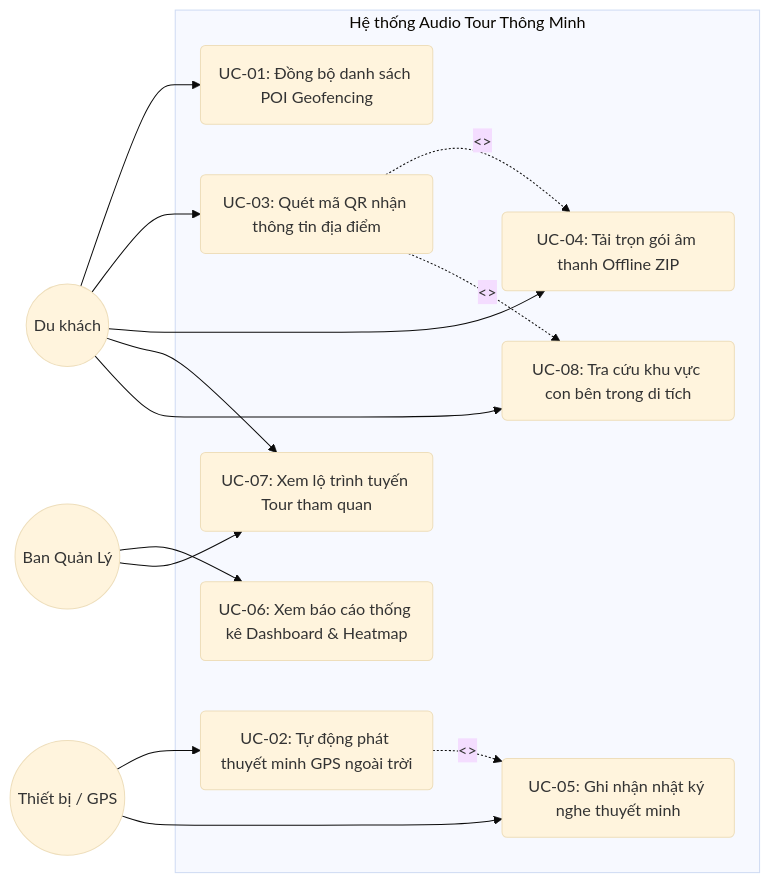
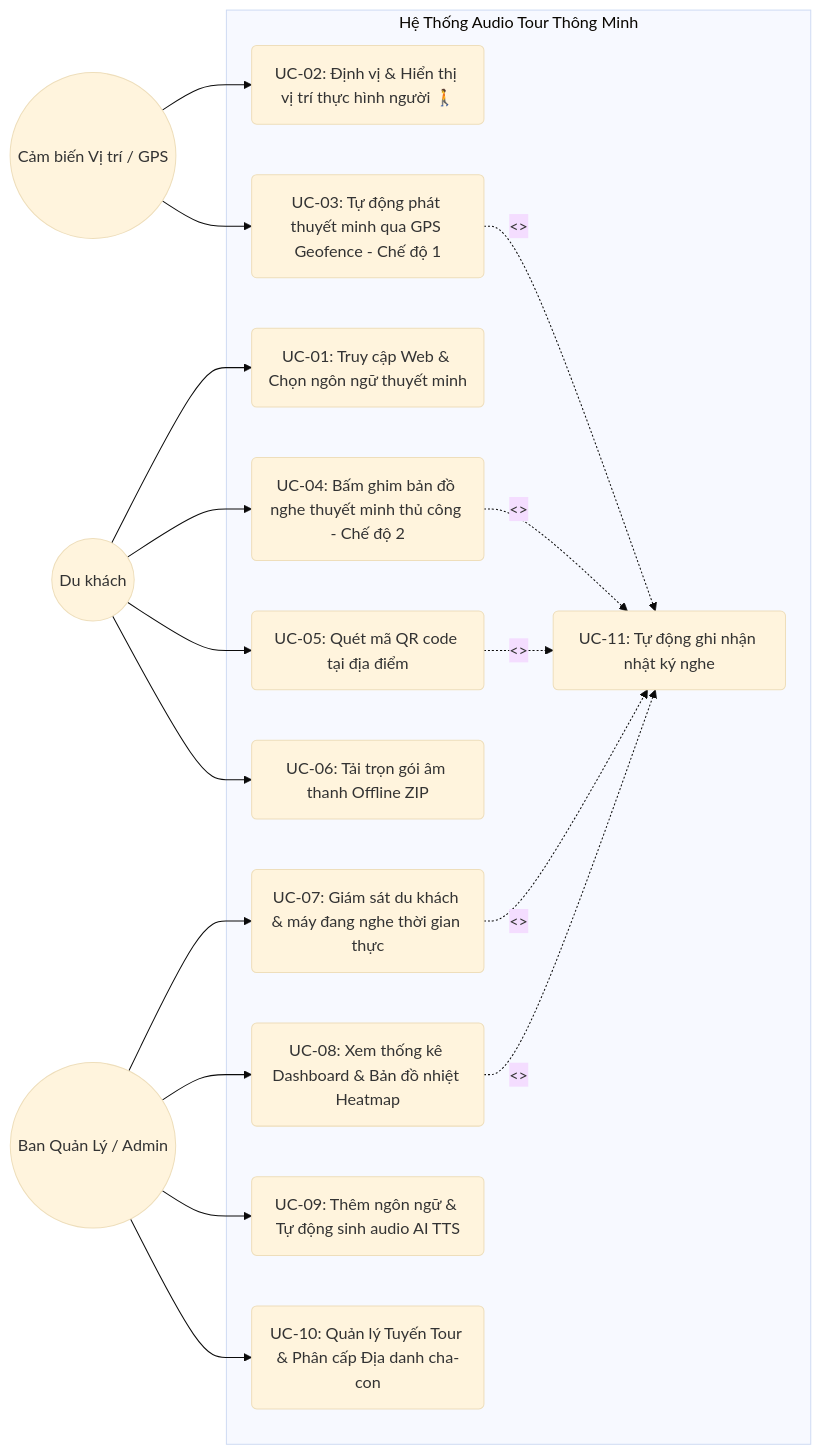
Before and after one commit to HuynhQuang16032006/Multi_Languages_Automatic_Translation: the first of 8 diagrams in docs/USE_CASES.md, drawn with Mermaid (base theme). The commit also changed other lines of this file and 4 other files, not shown here.

````diff
--- a/docs/USE_CASES.md
+++ b/docs/USE_CASES.md
@@ -17,33 +16,39 @@
 ```mermaid
 graph LR
     actorTourist((Du khách))
-    actorAdmin((Ban Quản Lý))
-    actorDevice((Thiết bị / GPS))
+    actorSensor((Cảm biến Vị trí / GPS))
+    actorAdmin((Ban Quản Lý / Admin))
 
-    subgraph AudioTourSystem [Hệ thống Audio Tour Thông Minh]
-        UC01(UC-01: Đồng bộ danh sách POI Geofencing)
-        UC02(UC-02: Tự động phát thuyết minh GPS ngoài trời)
-        UC03(UC-03: Quét mã QR nhận thông tin địa điểm)
-        UC04(UC-04: Tải trọn gói âm thanh Offline ZIP)
-        UC05(UC-05: Ghi nhận nhật ký nghe thuyết minh)
-        UC06(UC-06: Xem báo cáo thống kê Dashboard & Heatmap)
-        UC07(UC-07: Xem lộ trình tuyến Tour tham quan)
-        UC08(UC-08: Tra cứu khu vực con bên trong di tích)
+    subgraph AudioTourSystem [Hệ Thống Audio Tour Thông Minh]
+        UC01(UC-01: Truy cập Web & Chọn ngôn ngữ thuyết minh)
+        UC02(UC-02: Định vị & Hiển thị vị trí thực hình người 🚶)
+        UC03(UC-03: Tự động phát thuyết minh qua GPS Geofence - Chế độ 1)
+        UC04(UC-04: Bấm ghim bản đồ nghe thuyết minh thủ công - Chế độ 2)
+        UC05(UC-05: Quét mã QR code tại địa điểm)
+        UC06(UC-06: Tải trọn gói âm thanh Offline ZIP)
+        UC07(UC-07: Giám sát du khách & máy đang nghe thời gian thực)
+        UC08(UC-08: Xem thống kê Dashboard & Bản đồ nhiệt Heatmap)
+        UC09(UC-09: Thêm ngôn ngữ & Tự động sinh audio AI TTS)
+        UC10(UC-10: Quản lý Tuyến Tour & Phân cấp Địa danh cha-con)
+        UC11(UC-11: Tự động ghi nhận nhật ký nghe)
     end
 
     actorTourist --> UC01
-    actorTourist --> UC03
     actorTourist --> UC04
-    actorTourist --> UC07
-    actorTourist --> UC08
+    actorTourist --> UC05
+    actorTourist --> UC06
 
-    actorDevice --> UC02
-    actorDevice --> UC05
+    actorSensor --> UC02
+    actorSensor --> UC03
 
-    actorAdmin --> UC06
     actorAdmin --> UC07
+    actorAdmin --> UC08
+    actorAdmin --> UC09
+    actorAdmin --> UC10
 
-    UC02 -.->|<<include>>| UC05
-    UC03 -.->|<<extend>>| UC04
-    UC03 -.->|<<extend>>| UC08
+    UC03 -.->|<<include>>| UC11
+    UC04 -.->|<<include>>| UC11
+    UC05 -.->|<<include>>| UC11
+    UC07 -.->|<<reads>>| UC11
+    UC08 -.->|<<reads>>| UC11
 ```
````
